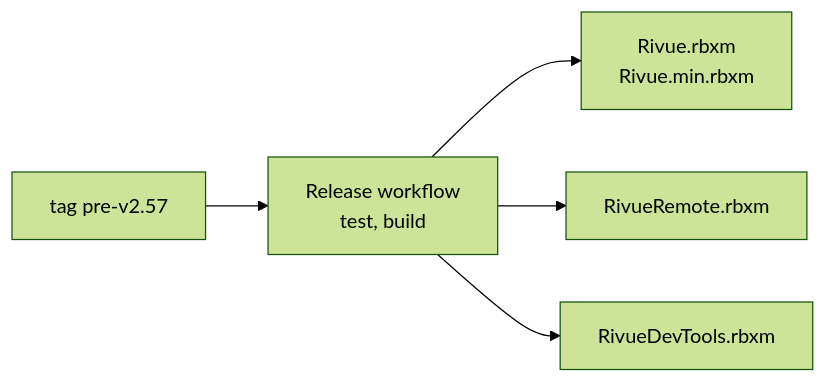
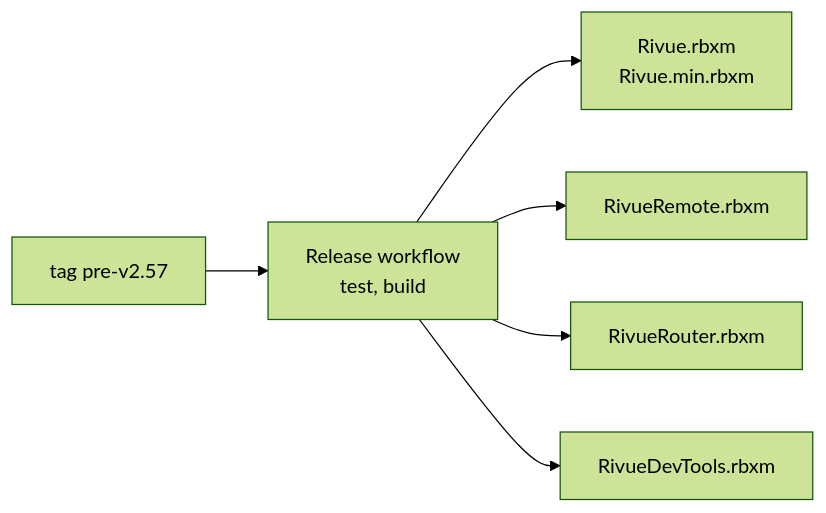
The first of 2 diagrams in docs/RELEASING.md (linhisreal/Rivue), drawn with Mermaid (forest theme) before and after one commit. The commit also changed other lines of this file and 28 other files, not shown here.

First line of the commit message:
feat!: move the router into its own package, RivueRouter

````diff
--- a/docs/RELEASING.md
+++ b/docs/RELEASING.md
@@ -17,7 +17,8 @@
 ```mermaid
 flowchart LR
     T["tag pre-v2.57"] --> W["Release workflow<br/>test, build"]
     W --> R1["Rivue.rbxm<br/>Rivue.min.rbxm"]
     W --> R2["RivueRemote.rbxm"]
+    W --> R4["RivueRouter.rbxm"]
     W --> R3["RivueDevTools.rbxm"]
 ```
````
